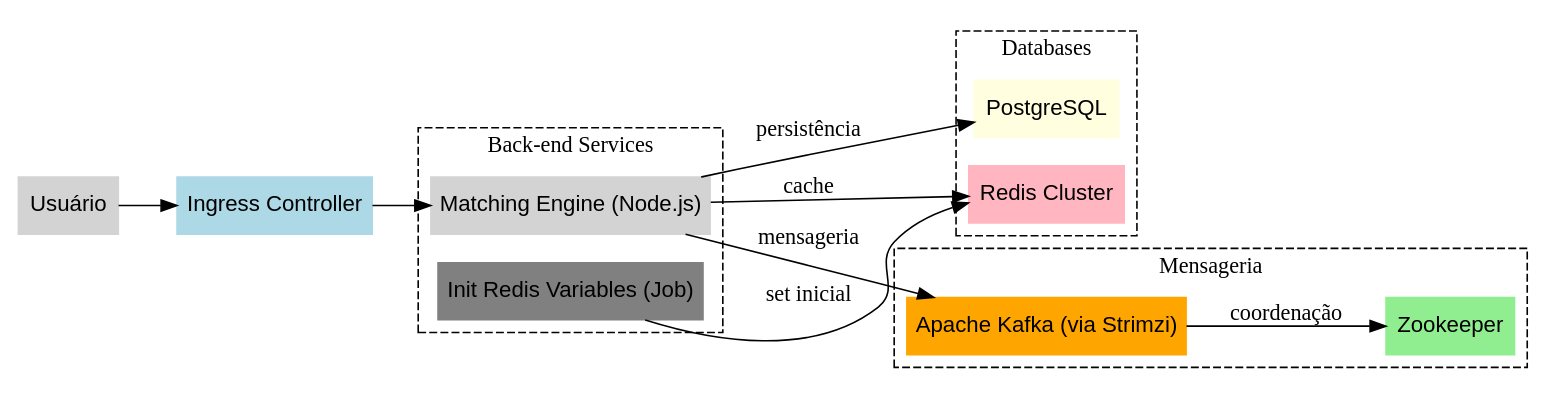
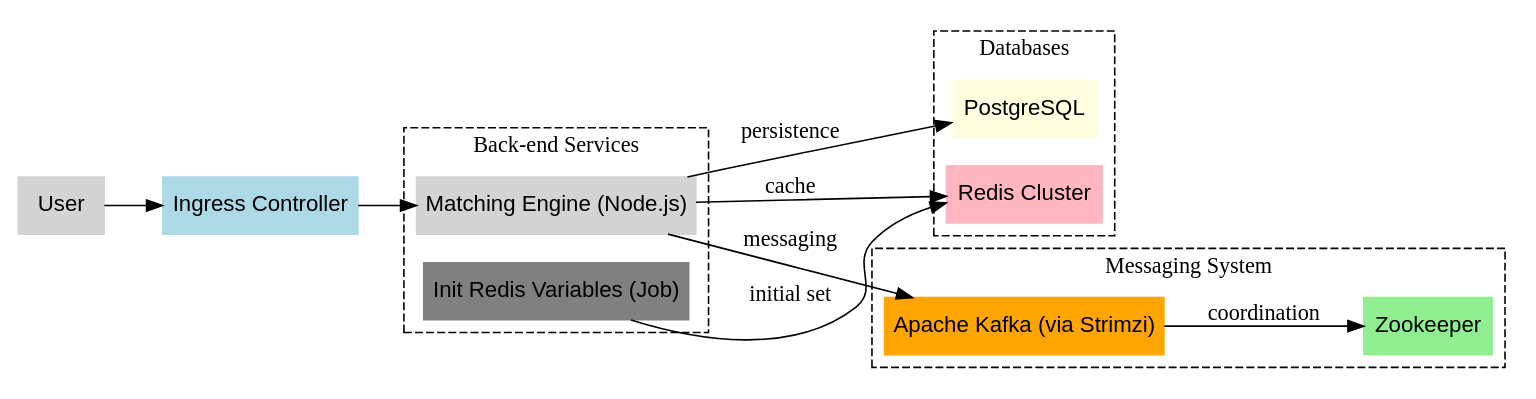
One commit to darksunstealth/coinza-core-infrastructure changed the diagram in README.md. Above: the diagram before and after it, drawn with Graphviz. The commit also changed other lines of this file, not shown here.

````diff
--- a/README.md
+++ b/README.md
@@ -145,46 +163,46 @@
 ```dot
 digraph CoinzaScalling {
   rankdir=LR;
   node [shape=box, style=filled, color=lightgray, fontname="Arial"];
 
-  User [label="Usuário"];
+  User [label="User"];
   Ingress [label="Ingress Controller", color=lightblue];
   MatchingEngine [label="Matching Engine (Node.js)"];
   RedisCluster [label="Redis Cluster", color=lightpink];
   Postgres [label="PostgreSQL", color=lightyellow];
   Kafka [label="Apache Kafka (via Strimzi)", color=orange];
   Zookeeper [label="Zookeeper", color=lightgreen];
   InitRedis [label="Init Redis Variables (Job)", color=gray];
 
   User -> Ingress;
   Ingress -> MatchingEngine;
 
   MatchingEngine -> RedisCluster [label="cache"];
-  MatchingEngine -> Postgres [label="persistência"];
-  MatchingEngine -> Kafka [label="mensageria"];
+  MatchingEngine -> Postgres [label="persistence"];
+  MatchingEngine -> Kafka [label="messaging"];
 
-  Kafka -> Zookeeper [label="coordenação"];
-  InitRedis -> RedisCluster [label="set inicial"];
+  Kafka -> Zookeeper [label="coordination"];
+  InitRedis -> RedisCluster [label="initial set"];
 
   subgraph cluster_backend {
     label = "Back-end Services";
     style=dashed;
     MatchingEngine;
     InitRedis;
   }
 
   subgraph cluster_kafka {
-    label = "Mensageria";
+    label = "Messaging System";
     style=dashed;
     Kafka;
     Zookeeper;
   }
 
   subgraph cluster_db {
     label = "Databases";
     style=dashed;
     RedisCluster;
     Postgres;
   }
 }
 ```
````
